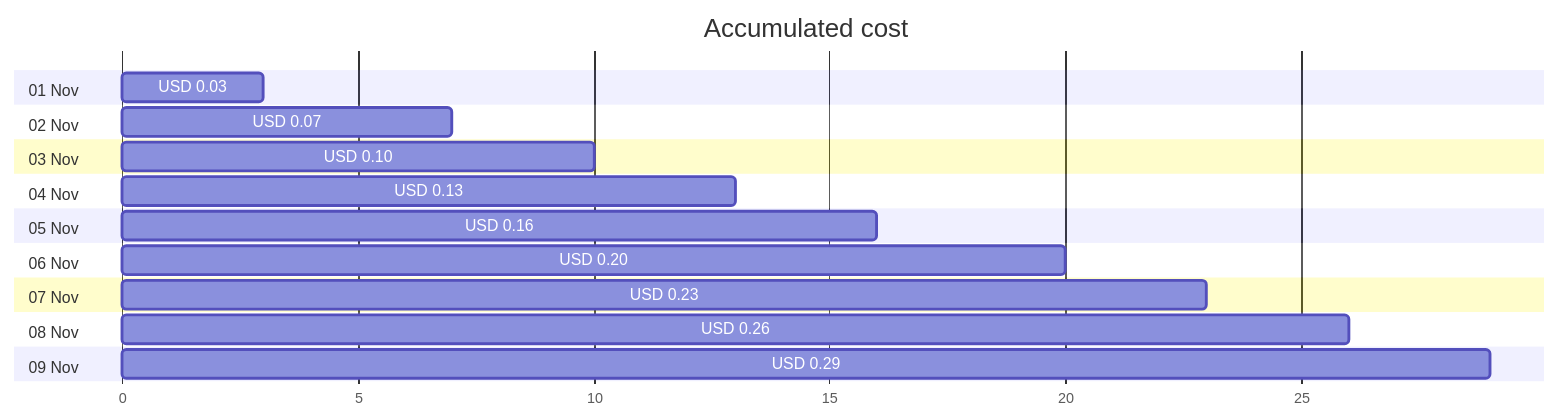
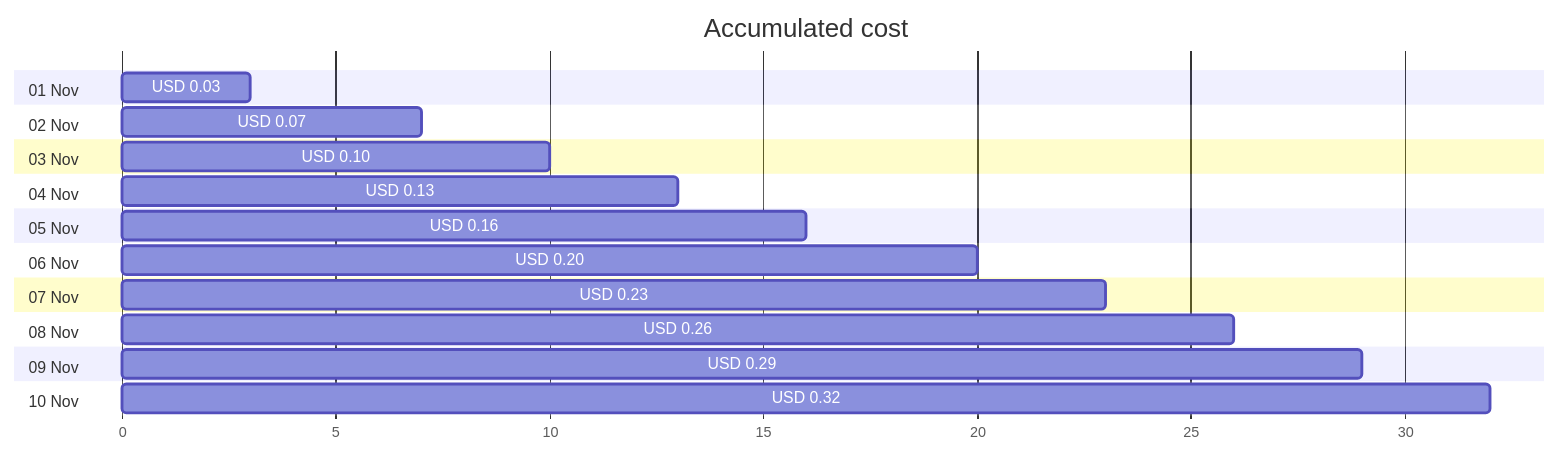
Before and after one commit to jpfulton/azure-personal-reports: the first of 4 diagrams in cost-reports/personal-dns/README.md, drawn with Mermaid. The commit also changed other lines of this file and 2 other files, not shown here.

````diff
--- a/cost-reports/personal-dns/README.md
+++ b/cost-reports/personal-dns/README.md
@@ -20,24 +20,26 @@
 ```mermaid
 gantt
    title Accumulated cost
    dateFormat  X
    axisFormat %s
    section 01 Nov
    USD 0.03 :0, 3
    section 02 Nov
    USD 0.07 :0, 7
    section 03 Nov
    USD 0.10 :0, 10
    section 04 Nov
    USD 0.13 :0, 13
    section 05 Nov
    USD 0.16 :0, 16
    section 06 Nov
    USD 0.20 :0, 20
    section 07 Nov
    USD 0.23 :0, 23
    section 08 Nov
    USD 0.26 :0, 26
    section 09 Nov
    USD 0.29 :0, 29
+   section 10 Nov
+   USD 0.32 :0, 32
 ```
````
